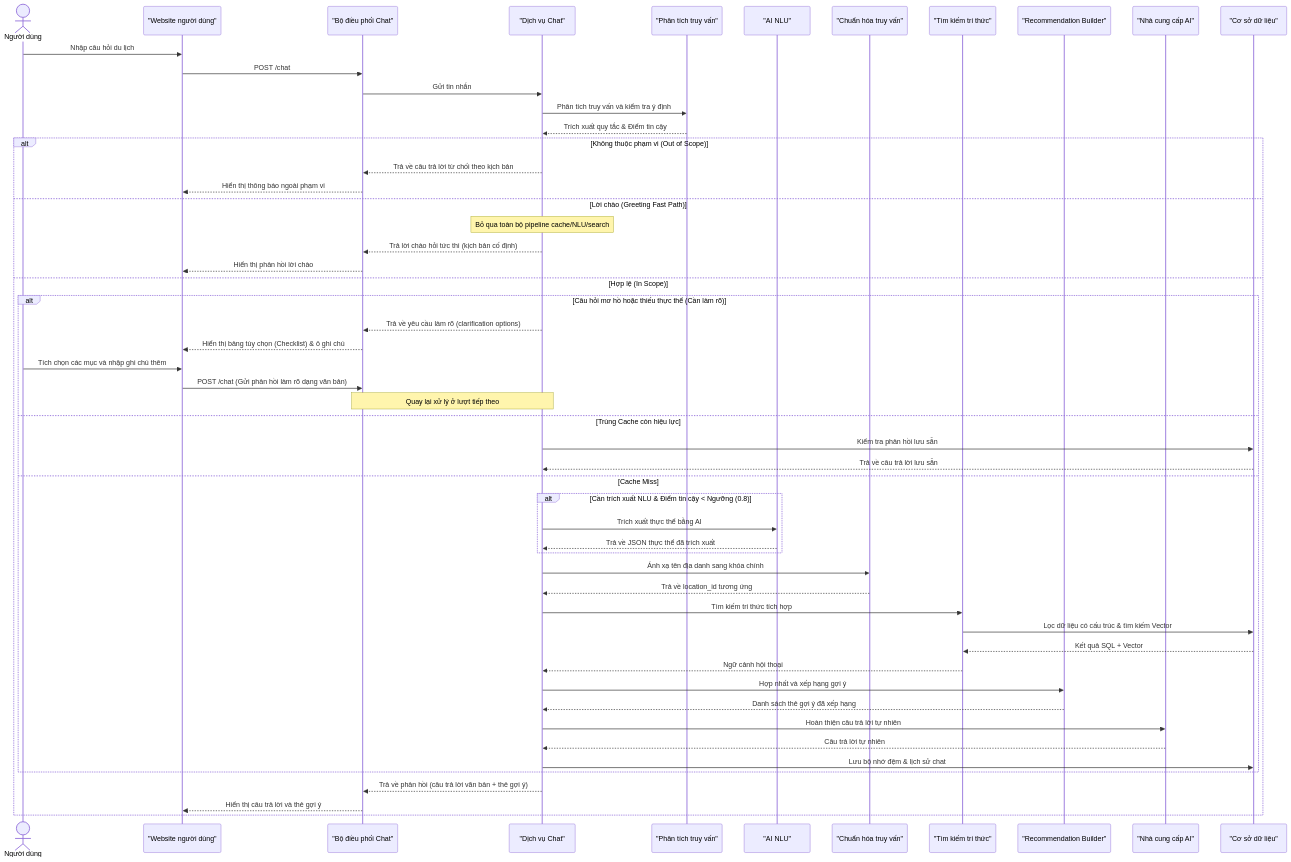
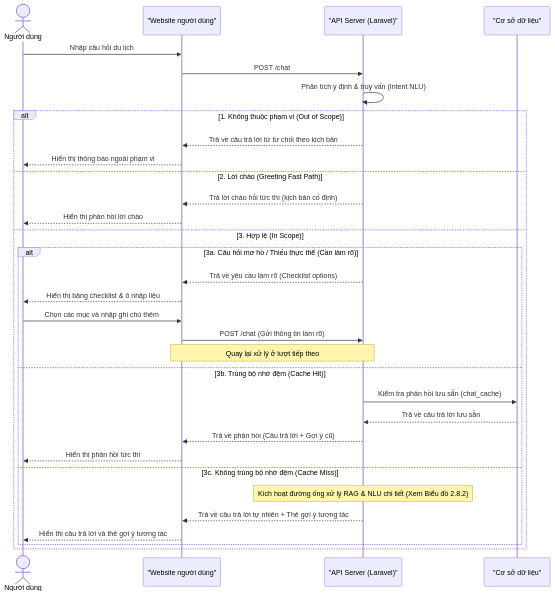
Before and after one commit to TayDuyNguyen/DATN_Document: the sixth of 10 diagrams in bao-cao-do-an-danangtrip-md/03_chuong_2_phan_tich_thiet_ke_he_thong.md, drawn with Mermaid. The commit also changed other lines of this file and 5 other files, not shown here.

````diff
--- a/bao-cao-do-an-danangtrip-md/03_chuong_2_phan_tich_thiet_ke_he_thong.md
+++ b/bao-cao-do-an-danangtrip-md/03_chuong_2_phan_tich_thiet_ke_he_thong.md
@@ -419,58 +429,36 @@
 ```mermaid
 sequenceDiagram
     actor U as Người dùng
     participant W as "Website người dùng"
-    participant API as "Bộ điều phối Chat"
-    participant S as "Dịch vụ Chat"
-    participant QU as "Phân tích truy vấn"
-    participant AI_NLU as "AI NLU"
-    participant NR as "Chuẩn hóa truy vấn"
-    participant K as "Tìm kiếm tri thức"
-    participant RB as "Recommendation Builder"
-    participant AI as "Nhà cung cấp AI"
+    participant API as "API Server (Laravel)"
     participant DB as "Cơ sở dữ liệu"
 
     U->>W: Nhập câu hỏi du lịch
     W->>API: POST /chat
-    API->>S: Gửi tin nhắn
-    S->>QU: Phân tích truy vấn và kiểm tra ý định
-    QU-->>S: Trích xuất quy tắc & Điểm tin cậy
+    API->>API: Phân tích ý định & truy vấn (Intent NLU)
 
-    alt Không thuộc phạm vi (Out of Scope)
-        S-->>API: Trả về câu trả lời từ chối theo kịch bản
-        API-->>W: Hiển thị thông báo ngoài phạm vi
-    else Lời chào (Greeting Fast Path)
-        Note over S: Bỏ qua toàn bộ pipeline cache/NLU/search
-        S-->>API: Trả lời chào hỏi tức thì (kịch bản cố định)
-        API-->>W: Hiển thị phản hồi lời chào
-    else Hợp lệ (In Scope)
-        alt Câu hỏi mơ hồ hoặc thiếu thực thể (Cần làm rõ)
-            S-->>API: Trả về yêu cầu làm rõ (clarification options)
-            API-->>W: Hiển thị bảng tùy chọn (Checklist) & ô ghi chú
-            U->>W: Tích chọn các mục và nhập ghi chú thêm
-            W->>API: POST /chat (Gửi phản hồi làm rõ dạng văn bản)
-            Note over API,S: Quay lại xử lý ở lượt tiếp theo
-        else Trùng Cache còn hiệu lực
-            S->>DB: Kiểm tra phản hồi lưu sẵn
-            DB-->>S: Trả về câu trả lời lưu sẵn
-        else Cache Miss
-            alt Cần trích xuất NLU & Điểm tin cậy < Ngưỡng (0.8)
-                S->>AI_NLU: Trích xuất thực thể bằng AI
-                AI_NLU-->>S: Trả về JSON thực thể đã trích xuất
-            end
-            S->>NR: Ánh xạ tên địa danh sang khóa chính
-            NR-->>S: Trả về location_id tương ứng
-            S->>K: Tìm kiếm tri thức tích hợp
-            K->>DB: Lọc dữ liệu có cấu trúc & tìm kiếm Vector
-            DB-->>K: Kết quả SQL + Vector
-            K-->>S: Ngữ cảnh hội thoại
-            S->>RB: Hợp nhất và xếp hạng gợi ý
-            RB-->>S: Danh sách thẻ gợi ý đã xếp hạng
-            S->>AI: Hoàn thiện câu trả lời tự nhiên
-            AI-->>S: Câu trả lời tự nhiên
-            S->>DB: Lưu bộ nhớ đệm & lịch sử chat
+    alt 1. Không thuộc phạm vi (Out of Scope)
+        API-->>W: Trả về câu trả lời từ từ chối theo kịch bản
+        W-->>U: Hiển thị thông báo ngoài phạm vi
+    else 2. Lời chào (Greeting Fast Path)
+        API-->>W: Trả lời chào hỏi tức thì (kịch bản cố định)
+        W-->>U: Hiển thị phản hồi lời chào
+    else 3. Hợp lệ (In Scope)
+        alt 3a. Câu hỏi mơ hồ / Thiếu thực thể (Cần làm rõ)
+            API-->>W: Trả về yêu cầu làm rõ (Checklist options)
+            W-->>U: Hiển thị bảng checklist & ô nhập liệu
+            U->>W: Chọn các mục và nhập ghi chú thêm
+            W->>API: POST /chat (Gửi thông tin làm rõ)
+            Note over W,API: Quay lại xử lý ở lượt tiếp theo
+        else 3b. Trùng bộ nhớ đệm (Cache Hit)
+            API->>DB: Kiểm tra phản hồi lưu sẵn (chat_cache)
+            DB-->>API: Trả về câu trả lời lưu sẵn
+            API-->>W: Trả về phản hồi (Câu trả lời + Gợi ý cũ)
+            W-->>U: Hiển thị phản hồi tức thì
+        else 3c. Không trùng bộ nhớ đệm (Cache Miss)
+            Note over API: Kích hoạt đường ống xử lý RAG & NLU chi tiết (Xem Biểu đồ 2.8.2)
+            API-->>W: Trả về câu trả lời tự nhiên + Thẻ gợi ý tương tác
+            W-->>U: Hiển thị câu trả lời và thẻ gợi ý tương tác
         end
-        S-->>API: Trả về phản hồi (câu trả lời văn bản + thẻ gợi ý)
-        API-->>W: Hiển thị câu trả lời và thẻ gợi ý
     end
 ```
````
